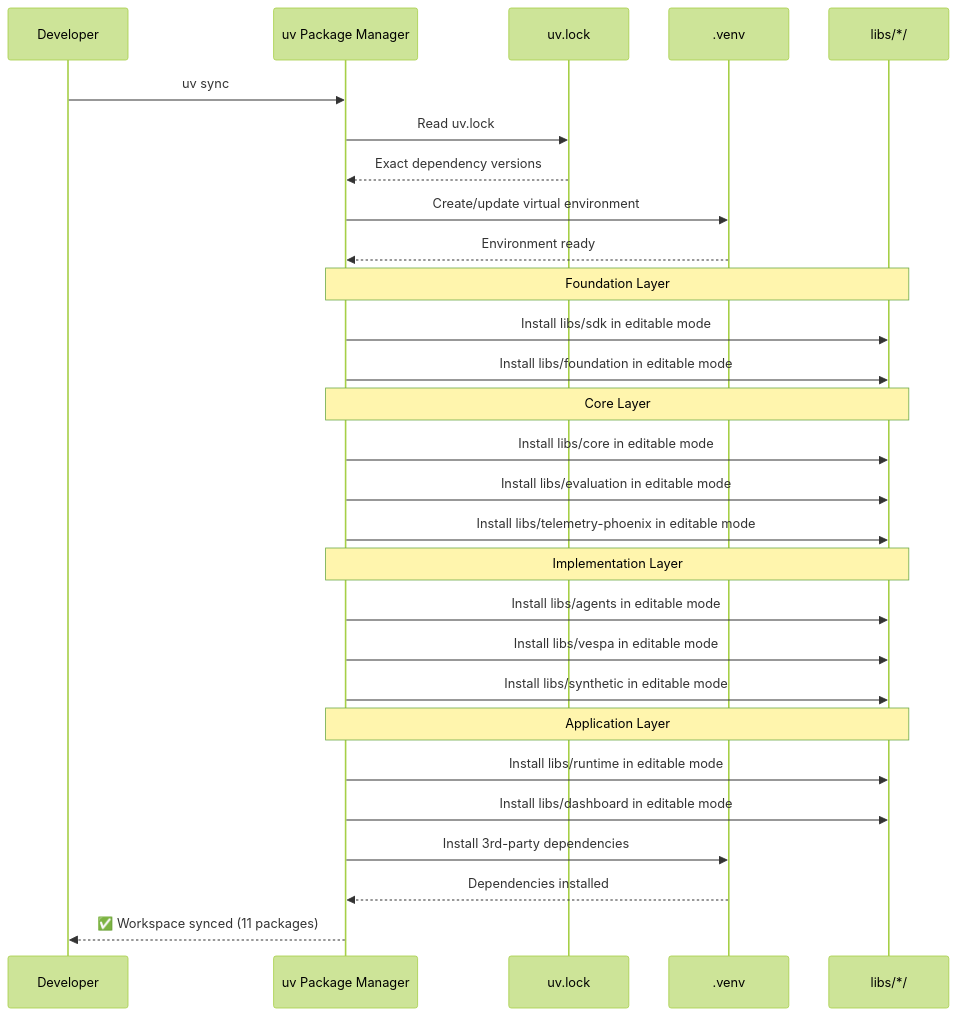
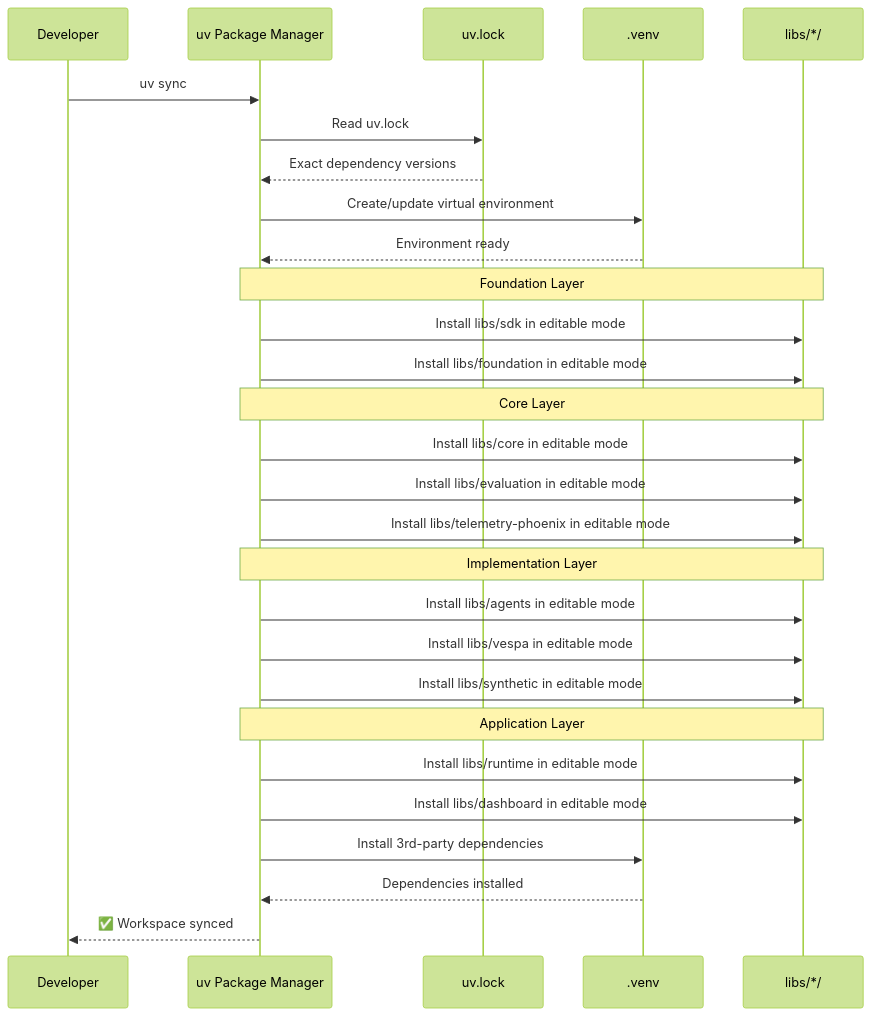
Before and after one commit to amit-jain/cogniverse: diagram 15 of 17 in docs/diagrams/sdk-architecture-diagrams.md, drawn with Mermaid (forest theme). The commit also changed other lines of this file and 83 other files, not shown here.

First line of the commit message:
Fix documentation veracity, formatting, and diagrams across all modules

````diff
--- a/docs/diagrams/sdk-architecture-diagrams.md
+++ b/docs/diagrams/sdk-architecture-diagrams.md
@@ -762,38 +755,38 @@
 ```mermaid
 sequenceDiagram
     participant Dev as Developer
     participant UV as uv Package Manager
     participant Lock as uv.lock
     participant VEnv as .venv
     participant Packages as libs/*/
 
     Dev->>UV: uv sync
     UV->>Lock: Read uv.lock
     Lock-->>UV: Exact dependency versions
 
     UV->>VEnv: Create/update virtual environment
     VEnv-->>UV: Environment ready
 
     Note over UV,Packages: Foundation Layer
     UV->>Packages: Install libs/sdk in editable mode
     UV->>Packages: Install libs/foundation in editable mode
 
     Note over UV,Packages: Core Layer
     UV->>Packages: Install libs/core in editable mode
     UV->>Packages: Install libs/evaluation in editable mode
     UV->>Packages: Install libs/telemetry-phoenix in editable mode
 
     Note over UV,Packages: Implementation Layer
     UV->>Packages: Install libs/agents in editable mode
     UV->>Packages: Install libs/vespa in editable mode
     UV->>Packages: Install libs/synthetic in editable mode
 
     Note over UV,Packages: Application Layer
     UV->>Packages: Install libs/runtime in editable mode
     UV->>Packages: Install libs/dashboard in editable mode
 
     UV->>VEnv: Install 3rd-party dependencies
     VEnv-->>UV: Dependencies installed
 
-    UV-->>Dev: ✅ Workspace synced (11 packages)
+    UV-->>Dev: ✅ Workspace synced
 ```
````
